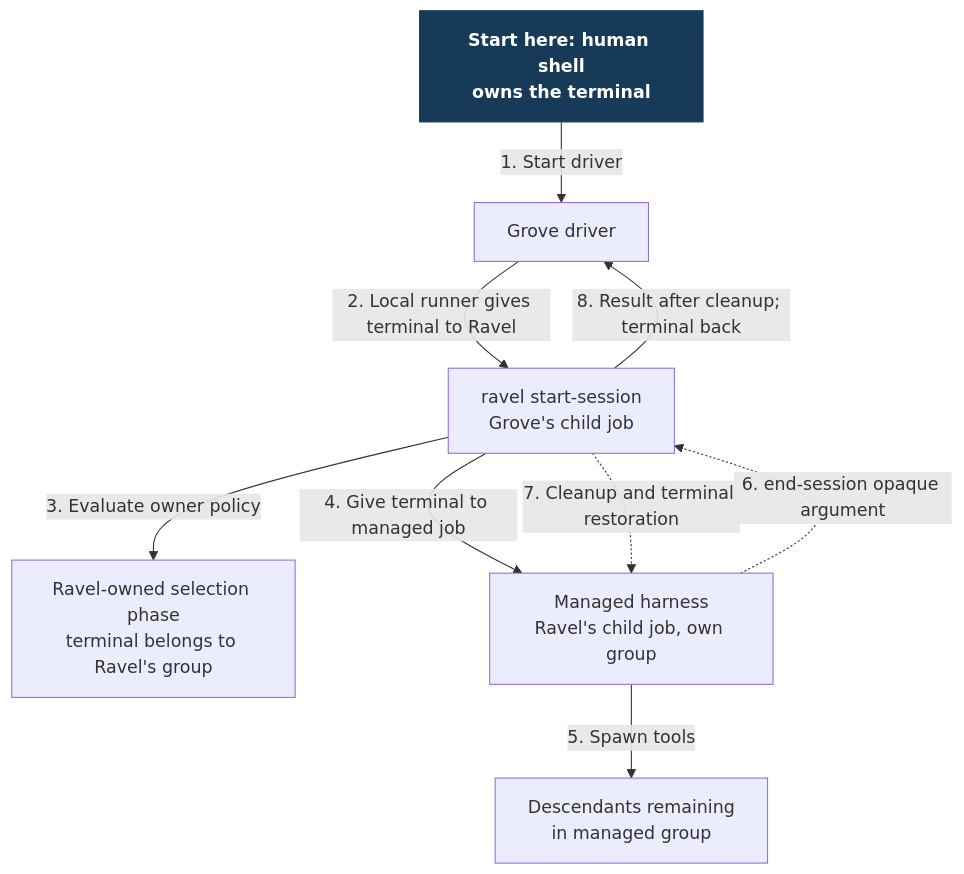
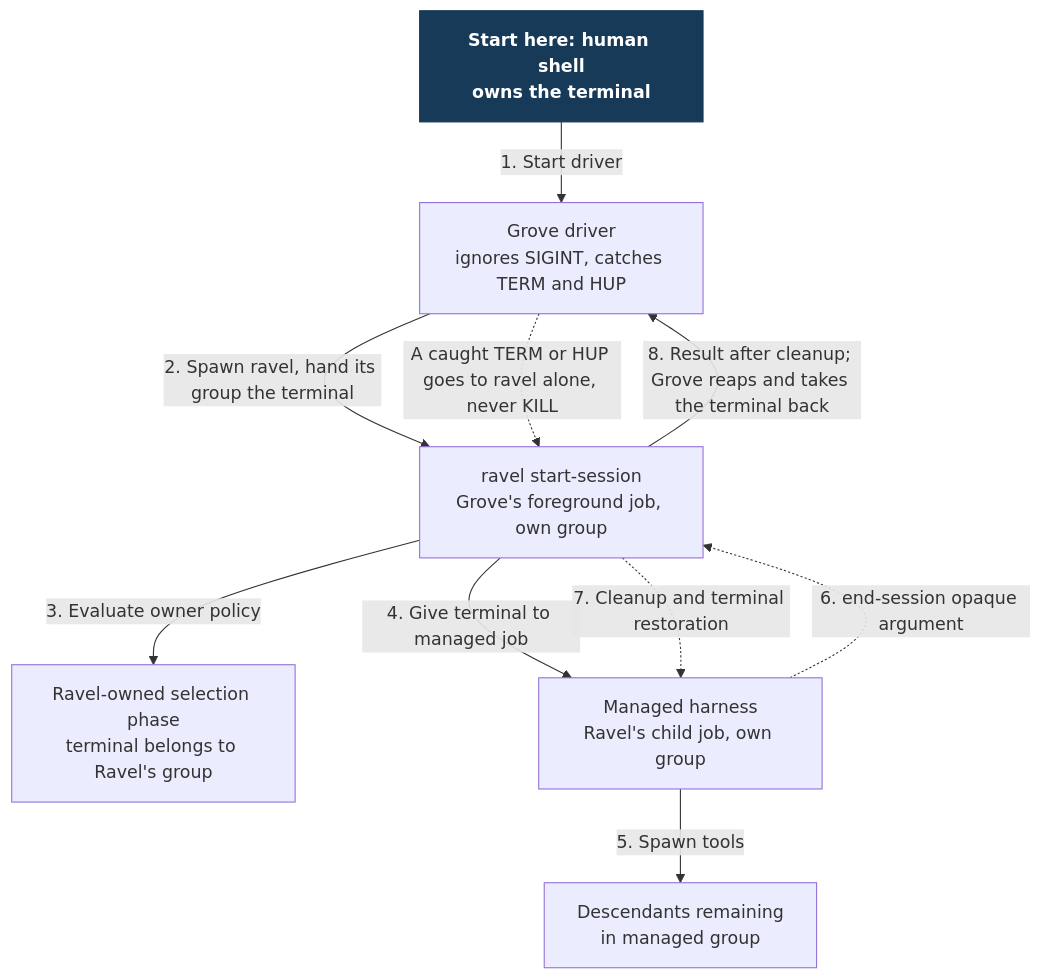
Before and after one commit to Linkuistics/grove: the diagram in docs/design/harness-selection-and-execution/chain.mmd, drawn with Mermaid. The commit also changed 14 other files, not shown here.

First line of the commit message:
ravel-child-k2: design how Grove starts ravel as an ordinary child

```diff
--- a/docs/design/harness-selection-and-execution/chain.mmd
+++ b/docs/design/harness-selection-and-execution/chain.mmd
@@ -1,21 +1,23 @@
 flowchart TB
   Shell["Start here: human shell
 owns the terminal"]:::start
-  Driver["Grove driver"]
+  Driver["Grove driver
+ignores SIGINT, catches TERM and HUP"]
   Ravel["ravel start-session
-Grove's child job"]
+Grove's foreground job, own group"]
   Selection["Ravel-owned selection phase
 terminal belongs to Ravel's group"]
   Harness["Managed harness
 Ravel's child job, own group"]
   Tools["Descendants remaining
 in managed group"]
   Shell -->|"1. Start driver"| Driver
-  Driver -->|"2. Local runner gives terminal to Ravel"| Ravel
+  Driver -->|"2. Spawn ravel, hand its group the terminal"| Ravel
   Ravel -->|"3. Evaluate owner policy"| Selection
   Ravel -->|"4. Give terminal to managed job"| Harness
   Harness -->|"5. Spawn tools"| Tools
   Harness -.->|"6. end-session opaque argument"| Ravel
   Ravel -.->|"7. Cleanup and terminal restoration"| Harness
-  Ravel -->|"8. Result after cleanup; terminal back"| Driver
+  Ravel -->|"8. Result after cleanup; Grove reaps and takes the terminal back"| Driver
+  Driver -.->|"A caught TERM or HUP goes to ravel alone, never KILL"| Ravel
   classDef start fill:#163a57,color:#fff,stroke:#163a57,font-weight:bold
```
